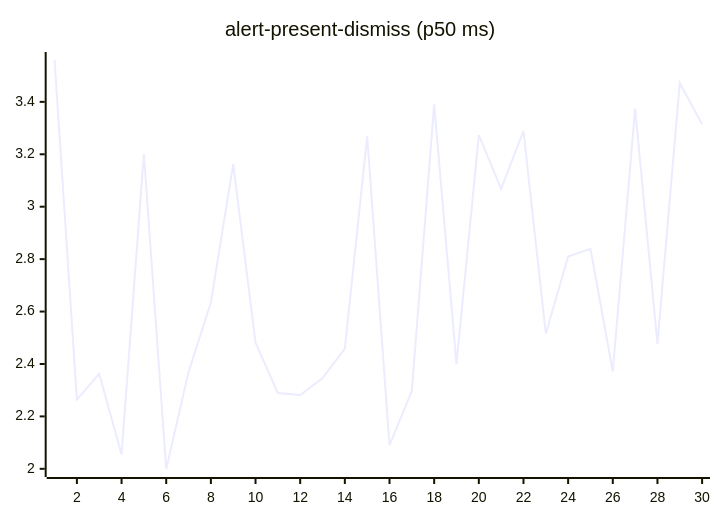
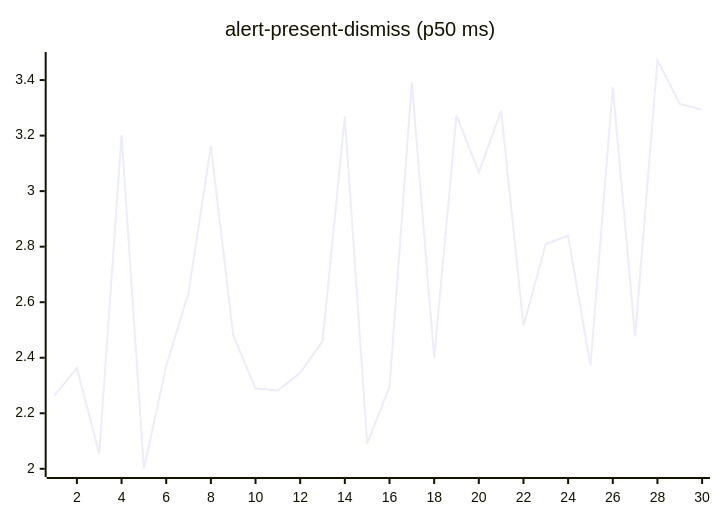
One commit to josha/Facet changed the second of 27 diagrams in README.md. Above: the diagram before and after it, drawn with Mermaid. The commit also changed other lines of this file and 2 other files, not shown here.

````diff
--- a/README.md
+++ b/README.md
@@ -70,6 +70,6 @@
 ```mermaid
 xychart-beta
     title "alert-present-dismiss (p50 ms)"
     x-axis 1 --> 30
-    line [3.5597, 2.2642, 2.3626, 2.0543, 3.2013, 1.9993, 2.3689, 2.6340, 3.1626, 2.4814, 2.2888, 2.2819, 2.3455, 2.4588, 3.2682, 2.0908, 2.2965, 3.3910, 2.4000, 3.2732, 3.0684, 3.2888, 2.5156, 2.8095, 2.8395, 2.3714, 3.3741, 2.4770, 3.4723, 3.3142]
+    line [2.2642, 2.3626, 2.0543, 3.2013, 1.9993, 2.3689, 2.6340, 3.1626, 2.4814, 2.2888, 2.2819, 2.3455, 2.4588, 3.2682, 2.0908, 2.2965, 3.3910, 2.4000, 3.2732, 3.0684, 3.2888, 2.5156, 2.8095, 2.8395, 2.3714, 3.3741, 2.4770, 3.4723, 3.3142, 3.2934]
 ```
````
